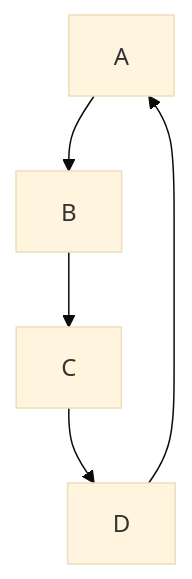
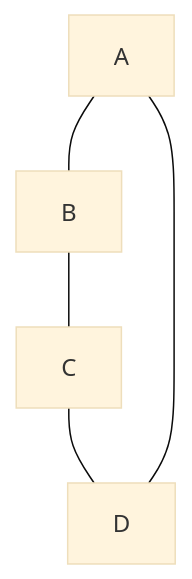
The fifth of 5 diagrams in snippets/unweighted_paths/bfs_graphs_mermaid.md (jkorichneva/cavemaps), drawn with Mermaid (base theme) before and after one commit. The commit also changed other lines of this file and 1 other file, not shown here.

Commit message:
Remove direction from mermaid diagrams

````diff
--- a/snippets/unweighted_paths/bfs_graphs_mermaid.md
+++ b/snippets/unweighted_paths/bfs_graphs_mermaid.md
@@ -42,7 +42,7 @@
 ```mermaid
 graph TD
-    A --> B
-    B --> C
-    C --> D
-    D --> A
+    A --- B
+    B --- C
+    C --- D
+    D --- A
 ```
````
